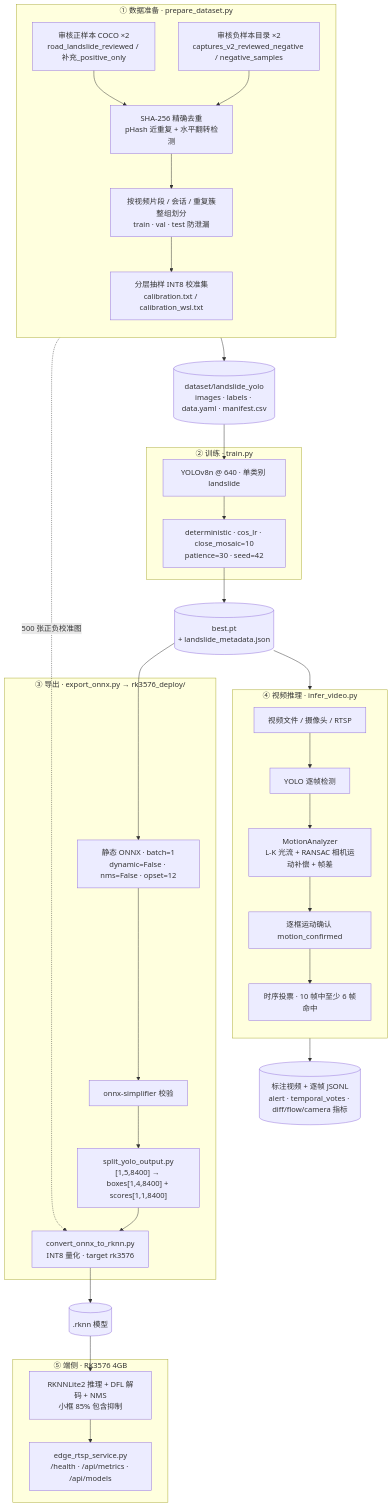
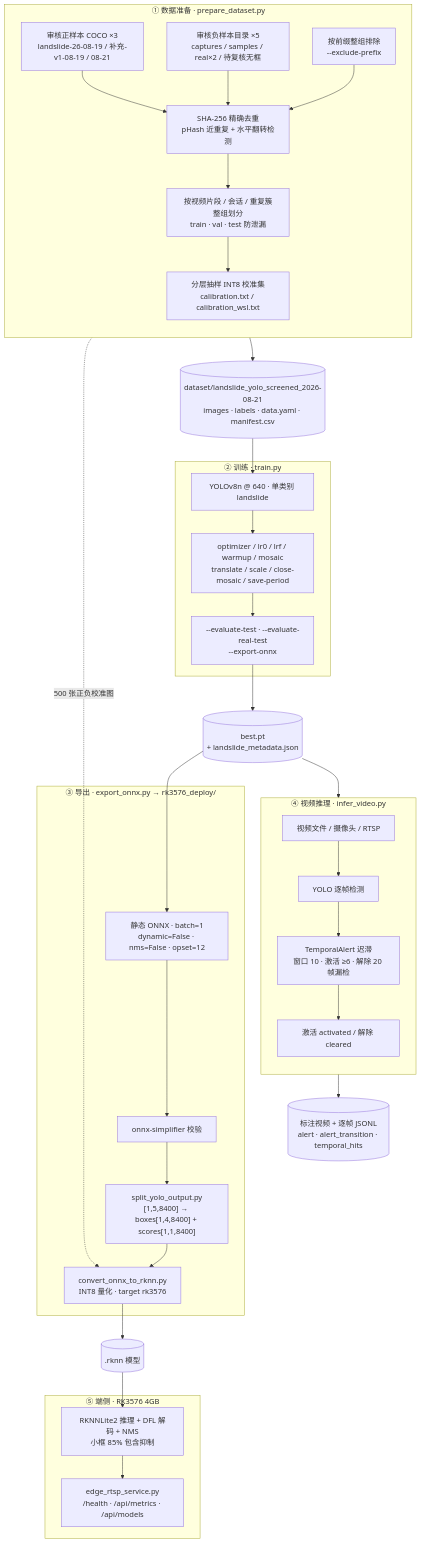
The diagram in README.md (SolitudeZY/landslide-detect), drawn with Mermaid before and after one commit. The commit also changed other lines of this file and 7 other files, not shown here.

````diff
--- a/README.md
+++ b/README.md
@@ -115,56 +118,58 @@
 ```mermaid
 flowchart TB
     subgraph S1["① 数据准备 · prepare_dataset.py"]
         direction TB
-        A["审核正样本 COCO ×2<br/>road_landslide_reviewed / 补充_positive_only"]
-        N["审核负样本目录 ×2<br/>captures_v2_reviewed_negative / negative_samples"]
+        A["审核正样本 COCO ×3<br/>landslide-26-08-19 / 补充-v1-08-19 / 08-21"]
+        N["审核负样本目录 ×5<br/>captures / samples / real×2 / 待复核无框"]
+        X["按前缀整组排除<br/>--exclude-prefix"]
         D["SHA-256 精确去重<br/>pHash 近重复 + 水平翻转检测"]
         G["按视频片段 / 会话 / 重复簇整组划分<br/>train · val · test 防泄漏"]
         C["分层抽样 INT8 校准集<br/>calibration.txt / calibration_wsl.txt"]
         A --> D
         N --> D
+        X --> D
         D --> G
         G --> C
     end
 
-    DS[("dataset/landslide_yolo<br/>images · labels · data.yaml · manifest.csv")]
+    DS[("dataset/landslide_yolo_screened_2026-08-21<br/>images · labels · data.yaml · manifest.csv")]
     G --> DS
 
     subgraph S2["② 训练 · train.py"]
         T1["YOLOv8n @ 640 · 单类别 landslide"]
-        T2["deterministic · cos_lr · close_mosaic=10<br/>patience=30 · seed=42"]
-        T1 --> T2
+        T2["optimizer / lr0 / lrf / warmup / mosaic<br/>translate / scale / close-mosaic / save-period"]
+        T3["--evaluate-test · --evaluate-real-test<br/>--export-onnx"]
+        T1 --> T2 --> T3
     end
     DS --> T1
-    T2 --> W[("best.pt<br/>+ landslide_metadata.json")]
+    T3 --> W[("best.pt<br/>+ landslide_metadata.json")]
 
     subgraph S3["③ 导出 · export_onnx.py → rk3576_deploy/"]
         O1["静态 ONNX · batch=1<br/>dynamic=False · nms=False · opset=12"]
         O2["onnx-simplifier 校验"]
         O3["split_yolo_output.py<br/>[1,5,8400] → boxes[1,4,8400] + scores[1,1,8400]"]
         O4["convert_onnx_to_rknn.py<br/>INT8 量化 · target rk3576"]
         O1 --> O2 --> O3 --> O4
     end
     W --> O1
     C -.->|500 张正负校准图| O4
     O4 --> R[(".rknn 模型")]
 
     subgraph S4["④ 视频推理 · infer_video.py"]
         direction TB
         V1["视频文件 / 摄像头 / RTSP"]
         V2["YOLO 逐帧检测"]
-        V3["MotionAnalyzer<br/>L-K 光流 + RANSAC 相机运动补偿 + 帧差"]
-        V4["逐框运动确认 motion_confirmed"]
-        V5["时序投票 · 10 帧中至少 6 帧命中"]
-        V1 --> V2 --> V3 --> V4 --> V5
+        V3["TemporalAlert 迟滞<br/>窗口 10 · 激活 ≥6 · 解除 20 帧漏检"]
+        V4["激活 activated / 解除 cleared"]
+        V1 --> V2 --> V3 --> V4
     end
     W --> V2
-    V5 --> OUT[("标注视频 + 逐帧 JSONL<br/>alert · temporal_votes · diff/flow/camera 指标")]
+    V4 --> OUT[("标注视频 + 逐帧 JSONL<br/>alert · alert_transition · temporal_hits")]
 
     subgraph S5["⑤ 端侧 · RK3576 4GB"]
         E1["RKNNLite2 推理 + DFL 解码 + NMS<br/>小框 85% 包含抑制"]
         E2["edge_rtsp_service.py<br/>/health · /api/metrics · /api/models"]
         E1 --> E2
     end
     R --> E1
 ```
````
